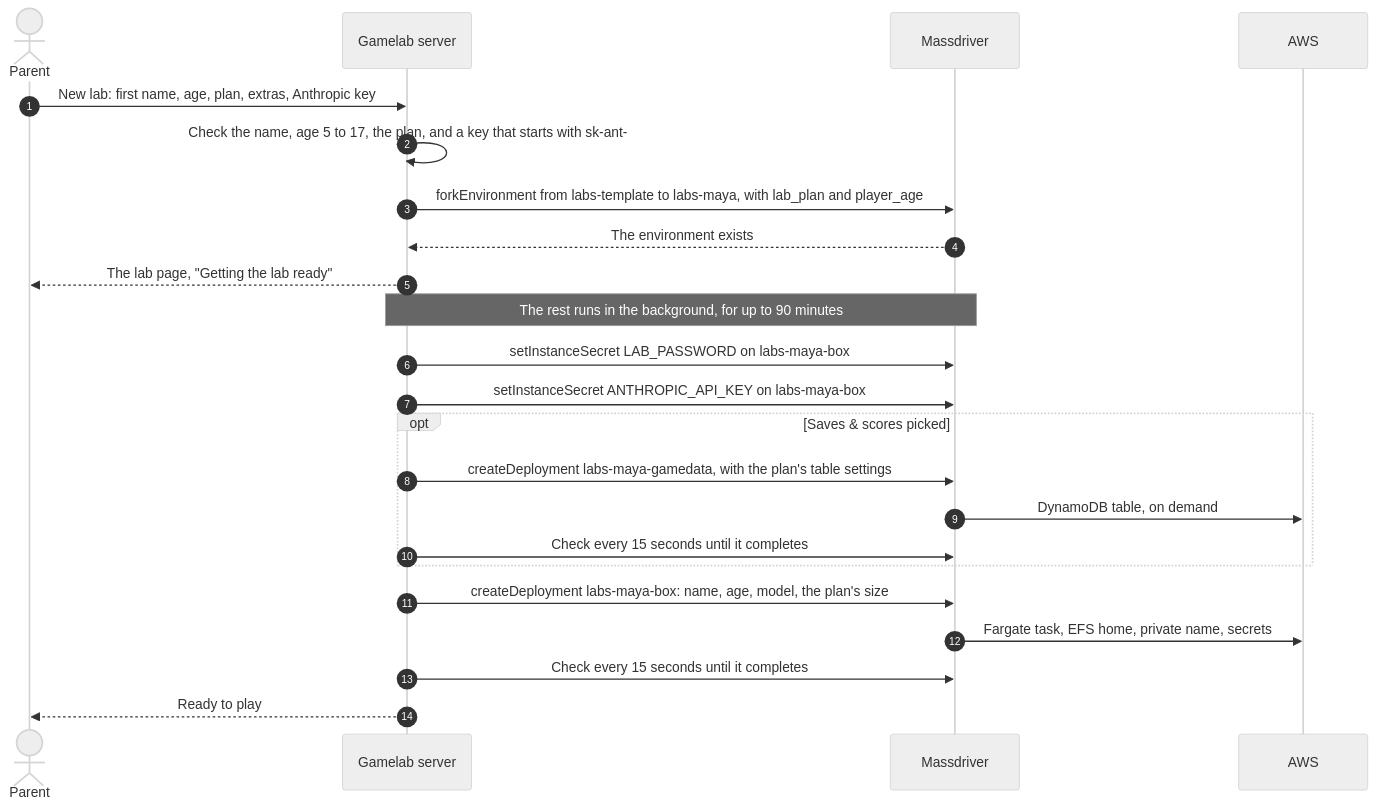
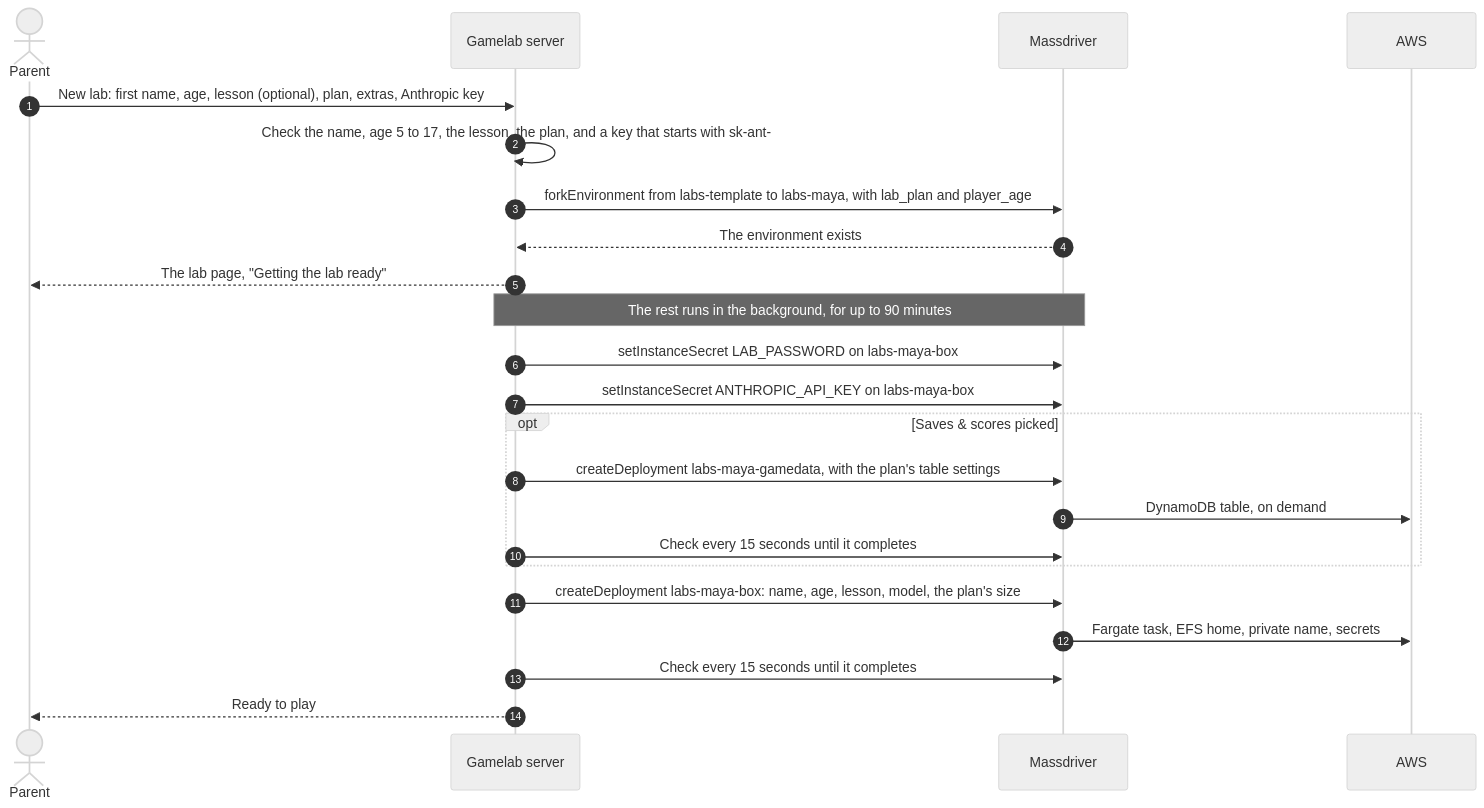
The fourth of 9 diagrams in examples/gamelab/README.md (massdriver-catalogs/aws), drawn with Mermaid (neutral theme) before and after one commit. The commit also changed other lines of this file and 14 other files, not shown here.

First line of the commit message:
Let parents give a Gamelab lab a lesson its games teach

````diff
--- a/examples/gamelab/README.md
+++ b/examples/gamelab/README.md
@@ -105,26 +105,26 @@
 ```mermaid
 sequenceDiagram
   autonumber
   actor parent as Parent
   participant server as Gamelab server
   participant md as Massdriver
   participant aws as AWS
 
-  parent->>server: New lab: first name, age, plan, extras, Anthropic key
-  server->>server: Check the name, age 5 to 17, the plan, and a key that starts with sk-ant-
+  parent->>server: New lab: first name, age, lesson (optional), plan, extras, Anthropic key
+  server->>server: Check the name, age 5 to 17, the lesson, the plan, and a key that starts with sk-ant-
   server->>md: forkEnvironment from labs-template to labs-maya, with lab_plan and player_age
   md-->>server: The environment exists
   server-->>parent: The lab page, "Getting the lab ready"
   Note over server,md: The rest runs in the background, for up to 90 minutes
   server->>md: setInstanceSecret LAB_PASSWORD on labs-maya-box
   server->>md: setInstanceSecret ANTHROPIC_API_KEY on labs-maya-box
   opt Saves & scores picked
     server->>md: createDeployment labs-maya-gamedata, with the plan's table settings
     md->>aws: DynamoDB table, on demand
     server->>md: Check every 15 seconds until it completes
   end
-  server->>md: createDeployment labs-maya-box: name, age, model, the plan's size
+  server->>md: createDeployment labs-maya-box: name, age, lesson, model, the plan's size
   md->>aws: Fargate task, EFS home, private name, secrets
   server->>md: Check every 15 seconds until it completes
   server-->>parent: Ready to play
 ```
````
